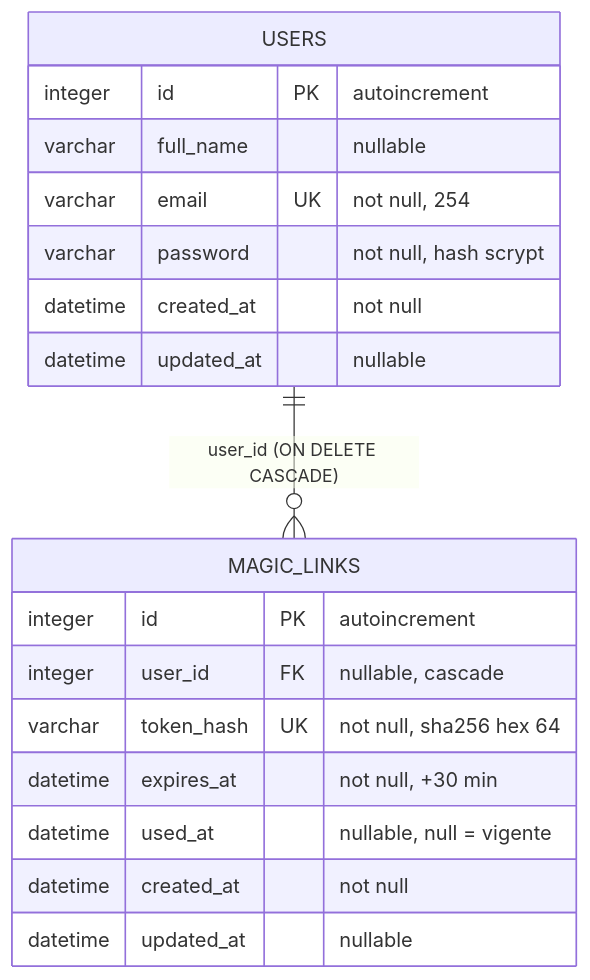
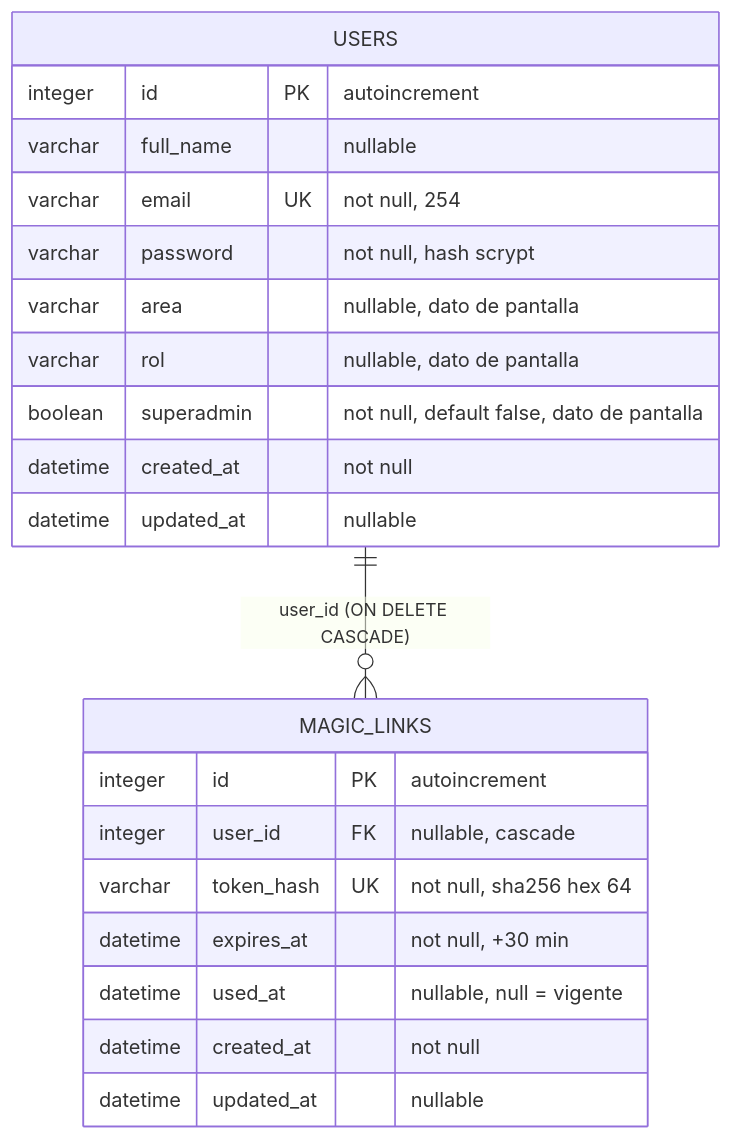
The first of 5 diagrams in docs/04-database/er-diagram.md (Francisco-Cordova/dentalia-app), drawn with Mermaid before and after one commit. The commit also changed other lines of this file and 31 other files, not shown here.

````diff
--- a/docs/04-database/er-diagram.md
+++ b/docs/04-database/er-diagram.md
@@ -17,23 +17,26 @@
 ```mermaid
 erDiagram
     USERS ||--o{ MAGIC_LINKS : "user_id (ON DELETE CASCADE)"
 
     USERS {
         integer id PK "autoincrement"
         varchar full_name "nullable"
         varchar email UK "not null, 254"
         varchar password "not null, hash scrypt"
+        varchar area "nullable, dato de pantalla"
+        varchar rol "nullable, dato de pantalla"
+        boolean superadmin "not null, default false, dato de pantalla"
         datetime created_at "not null"
         datetime updated_at "nullable"
     }
 
     MAGIC_LINKS {
         integer id PK "autoincrement"
         integer user_id FK "nullable, cascade"
         varchar token_hash UK "not null, sha256 hex 64"
         datetime expires_at "not null, +30 min"
         datetime used_at "nullable, null = vigente"
         datetime created_at "not null"
         datetime updated_at "nullable"
     }
 ```
````
